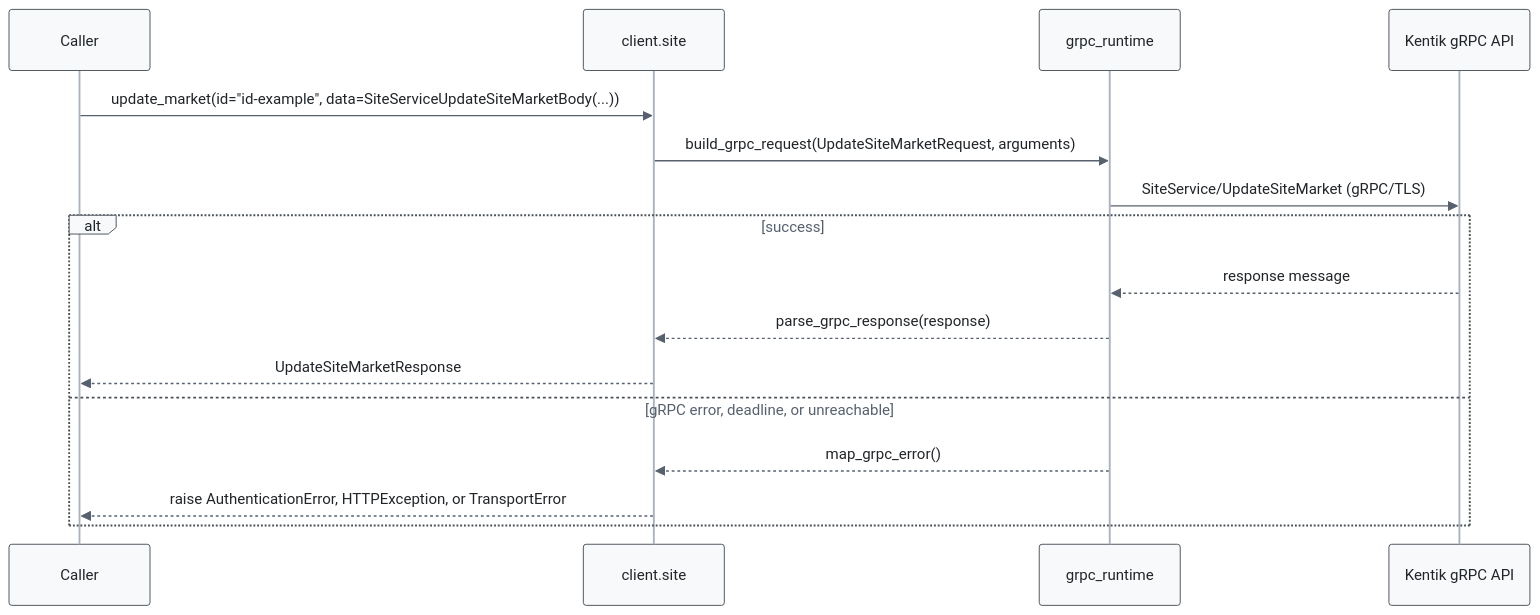
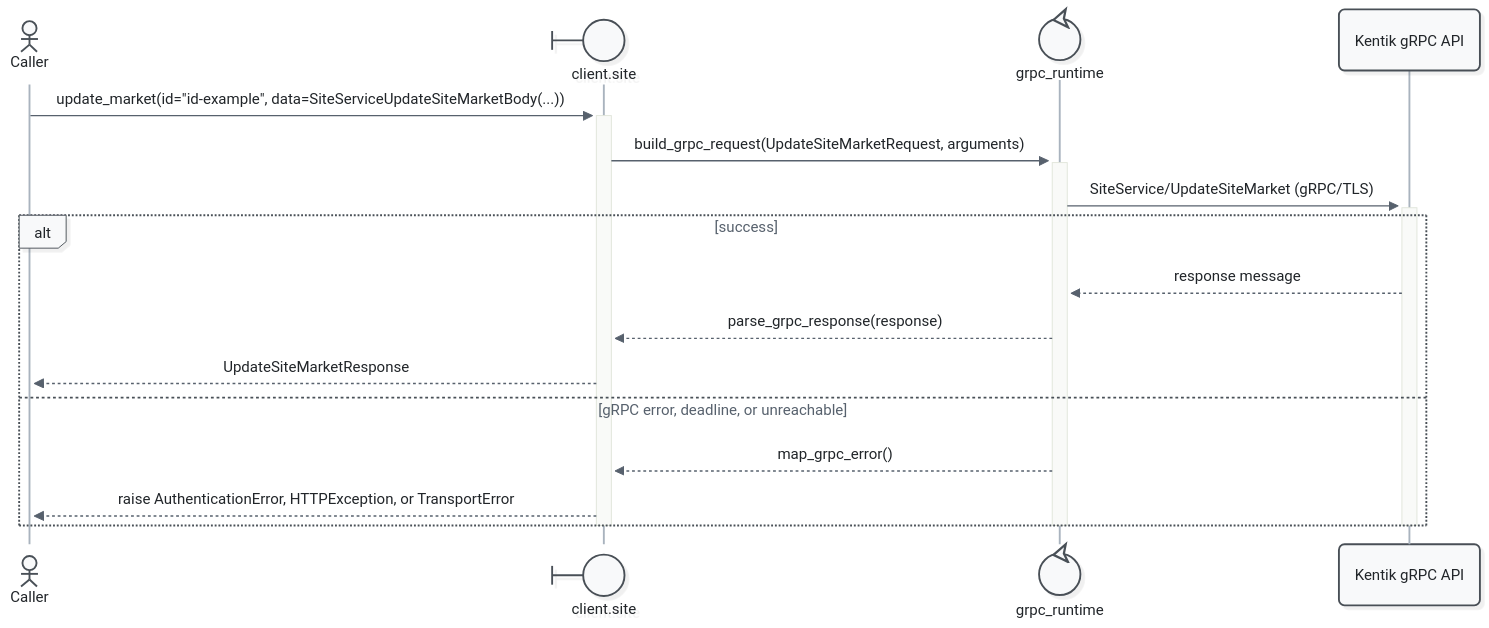
Before and after one commit to alexdearaujo/community_sdk_python: the eighth of 21 diagrams in docs/sphinx/services/site.md, drawn with Mermaid. The commit also changed other lines of this file and 52 other files, not shown here.

First line of the commit message:
docs: Mermaid 12 sequence diagrams with participant types and path colors

````diff
--- a/docs/sphinx/services/site.md
+++ b/docs/sphinx/services/site.md
@@ -282,20 +299,23 @@
 ```mermaid
-%%{init: {"theme": "base", "fontFamily": "ui-monospace, SFMono-Regular, Menlo, monospace", "themeVariables": {"fontFamily": "ui-monospace, SFMono-Regular, Menlo, monospace", "primaryColor": "#f8f9fa", "primaryBorderColor": "#495057", "primaryTextColor": "#212529", "textColor": "#212529", "lineColor": "#77818c", "edgeLabelBackground": "#ffffff", "actorBkg": "#f8f9fa", "actorBorder": "#495057", "actorTextColor": "#212529", "actorLineColor": "#a9b3be", "signalColor": "#57616d", "signalTextColor": "#212529", "labelBoxBkgColor": "#f8f9fa", "labelBoxBorderColor": "#495057", "labelTextColor": "#212529", "loopTextColor": "#57616d", "noteBkgColor": "#fff9db", "noteBorderColor": "#f08c00", "noteTextColor": "#a35a00"}, "flowchart": {"curve": "step", "nodeSpacing": 30, "rankSpacing": 70, "wrappingWidth": 400}}}%%
+%%{init: {"theme": "redux", "look": "neo", "layout": "dagre", "fontFamily": "ui-monospace, SFMono-Regular, Menlo, monospace", "themeVariables": {"fontFamily": "ui-monospace, SFMono-Regular, Menlo, monospace", "primaryColor": "#f8f9fa", "primaryBorderColor": "#495057", "primaryTextColor": "#212529", "textColor": "#212529", "lineColor": "#77818c", "edgeLabelBackground": "#ffffff", "actorBkg": "#f8f9fa", "actorBorder": "#495057", "actorTextColor": "#212529", "actorLineColor": "#a9b3be", "signalColor": "#57616d", "signalTextColor": "#212529", "labelBoxBkgColor": "#f8f9fa", "labelBoxBorderColor": "#495057", "labelTextColor": "#212529", "loopTextColor": "#57616d", "noteBkgColor": "#fff9db", "noteBorderColor": "#f08c00", "noteTextColor": "#a35a00"}, "sequence": {"activationWidth": 16}, "flowchart": {"curve": "step", "nodeSpacing": 30, "rankSpacing": 70, "wrappingWidth": 400}}}%%
 sequenceDiagram
-    participant C as Caller
-    participant W as client.site
-    participant R as grpc_runtime
+    actor C as Caller
+    participant W@{ "type": "boundary" } as client.site
+    participant R@{ "type": "control" } as grpc_runtime
     participant API as Kentik gRPC API
 
-    C->>W: update_market(id="id-example", data=SiteServiceUpdateSiteMarketBody(...))
-    W->>R: build_grpc_request(UpdateSiteMarketRequest, arguments)
-    R->>API: SiteService/UpdateSiteMarket (gRPC/TLS)
+    C->>+W: update_market(id="id-example", data=SiteServiceUpdateSiteMarketBody(...))
+    W->>+R: build_grpc_request(UpdateSiteMarketRequest, arguments)
+    R->>+API: SiteService/UpdateSiteMarket (gRPC/TLS)
     alt success
         API-->>R: response message
         R-->>W: parse_grpc_response(response)
         W-->>C: UpdateSiteMarketResponse
     else gRPC error, deadline, or unreachable
         R-->>W: map_grpc_error()
         W-->>C: raise AuthenticationError, HTTPException, or TransportError
     end
+    deactivate API
+    deactivate R
+    deactivate W
 ```
````
